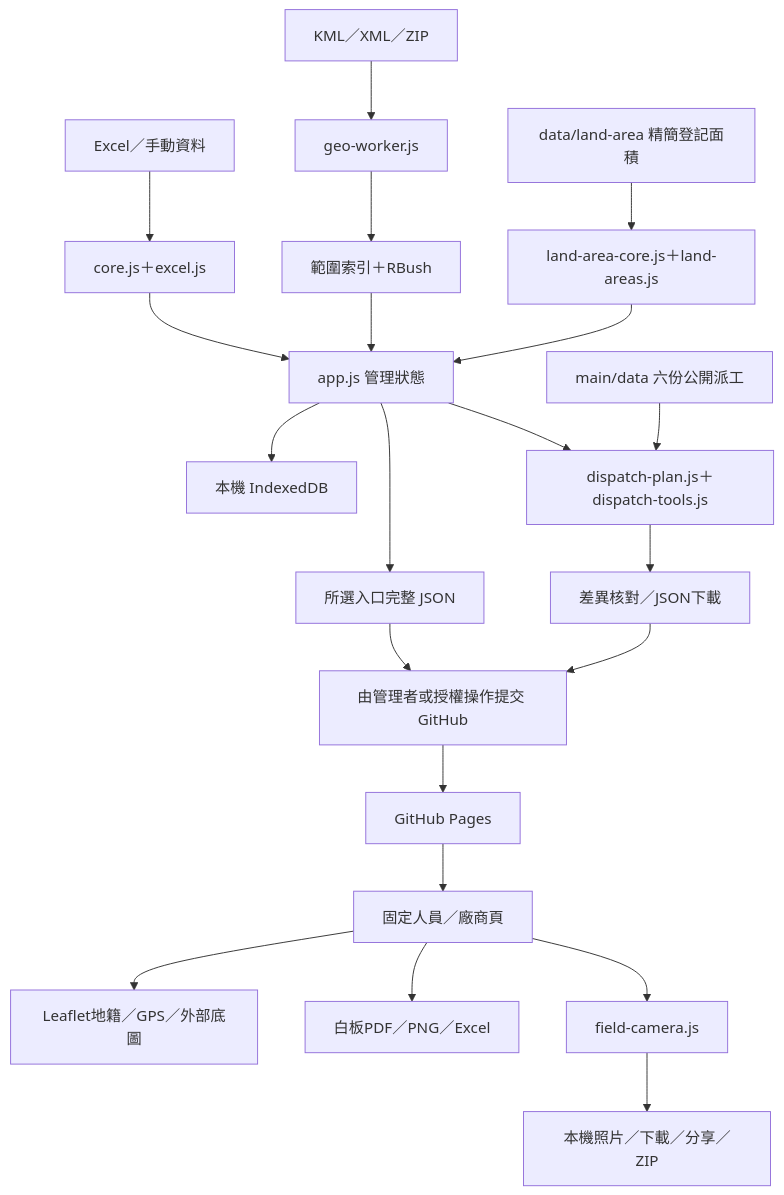
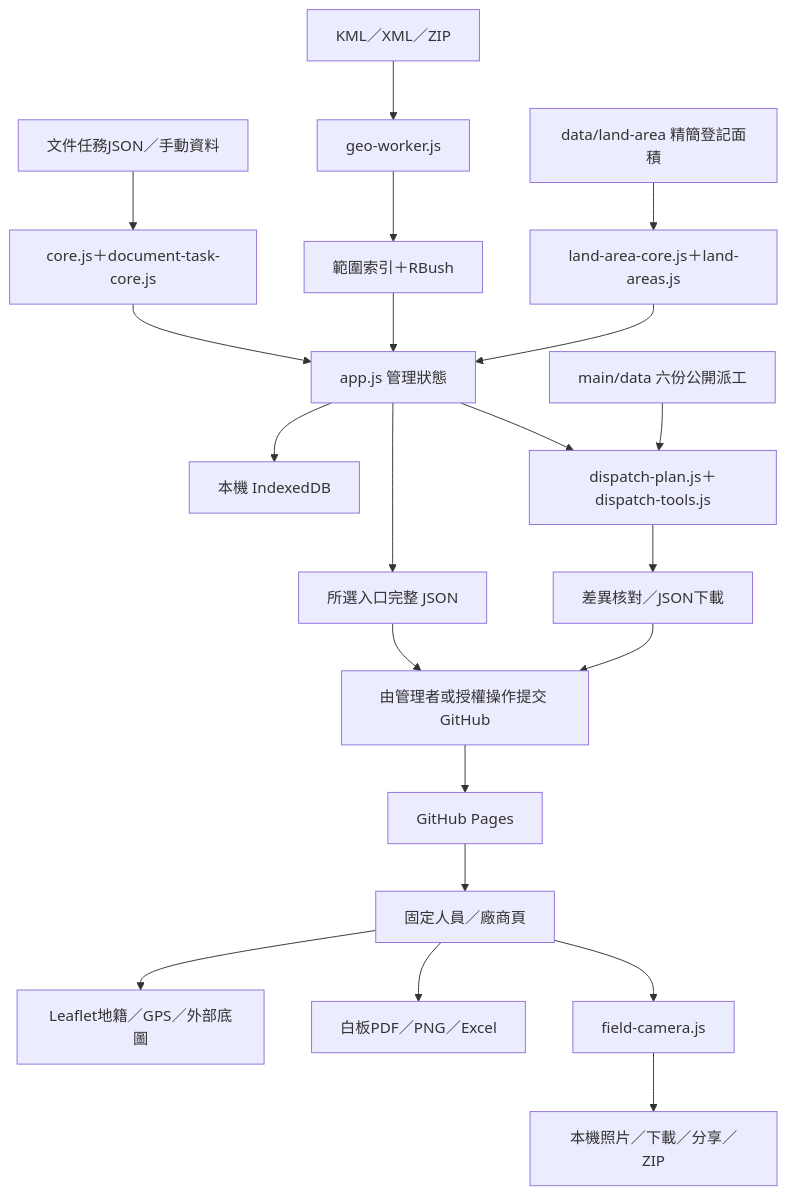
The diagram in docs/SPECIFICATION.md (Corry-Hsu/photosheet), drawn with Mermaid before and after one commit. The commit also changed other lines of this file, not shown here.

Commit message:
Align current specification with document task source

````diff
--- a/docs/SPECIFICATION.md
+++ b/docs/SPECIFICATION.md
@@ -20,23 +20,23 @@
 ```mermaid
 flowchart TD
-  EX[Excel／手動資料] --> CORE[core.js＋excel.js]
+  EX[文件任務JSON／手動資料] --> CORE[core.js＋document-task-core.js]
   GEO[KML／XML／ZIP] --> W[geo-worker.js]
   W --> IDX[範圍索引＋RBush]
   CORE --> ADMIN[app.js 管理狀態]
   IDX --> ADMIN
   AREA[data/land-area 精簡登記面積] --> AC[land-area-core.js＋land-areas.js]
   AC --> ADMIN
   ADMIN --> IDB[本機 IndexedDB]
   ADMIN --> DIRECT[所選入口完整 JSON]
   PUBLIC[main/data 六份公開派工] --> PLAN[dispatch-plan.js＋dispatch-tools.js]
   ADMIN --> PLAN
   PLAN --> DIFF[差異核對／JSON下載]
   DIRECT --> GH[由管理者或授權操作提交 GitHub]
   DIFF --> GH
   GH --> PAGES[GitHub Pages]
   PAGES --> FIELD[固定人員／廠商頁]
   FIELD --> MAP[Leaflet地籍／GPS／外部底圖]
   FIELD --> DOC[白板PDF／PNG／Excel]
   FIELD --> CAM[field-camera.js]
   CAM --> LOCAL[本機照片／下載／分享／ZIP]
 ```
````
